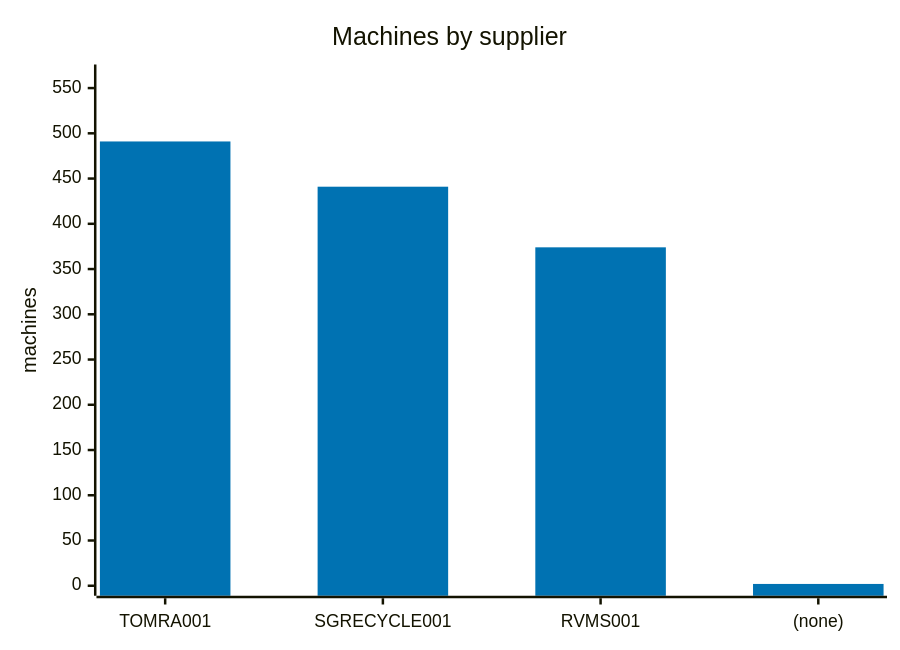
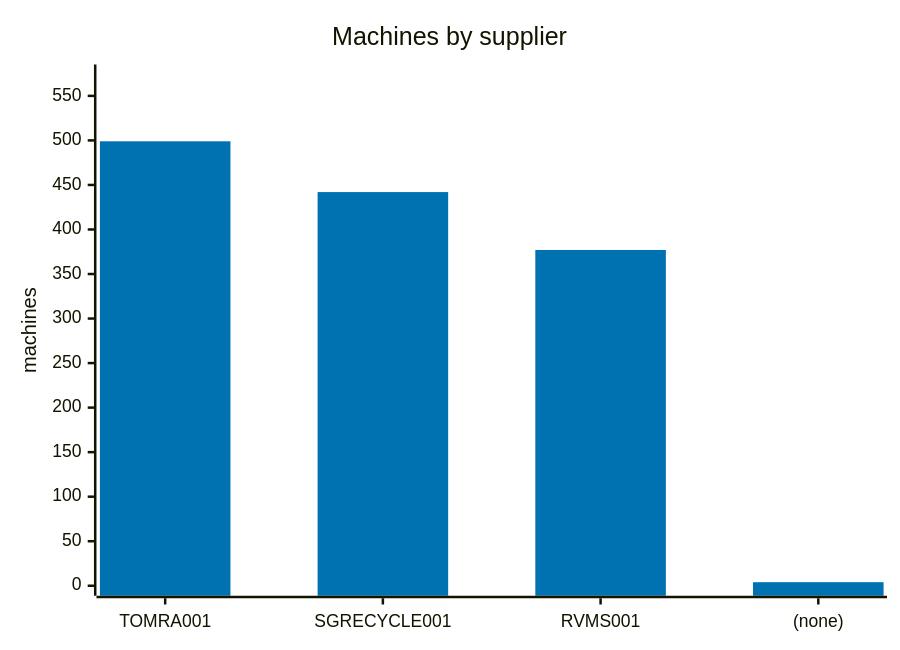
One commit to cheeaun/returnright-data changed the second of 7 diagrams in ANALYSIS.md. Above: the diagram before and after it, drawn with Mermaid. The commit also changed other lines of this file and 3 other files, not shown here.

````diff
--- a/ANALYSIS.md
+++ b/ANALYSIS.md
@@ -50,13 +50,13 @@
 ```mermaid
 ---
 config:
   themeVariables:
     xyChart:
       plotColorPalette: "#0072B2"
 ---
 xychart-beta
     title "Machines by supplier"
     x-axis ["TOMRA001", "SGRECYCLE001", "RVMS001", "(none)"]
-    y-axis "machines" 0 --> 565
-    bar [491, 441, 374, 2]
+    y-axis "machines" 0 --> 574
+    bar [499, 442, 377, 4]
 ```
````
